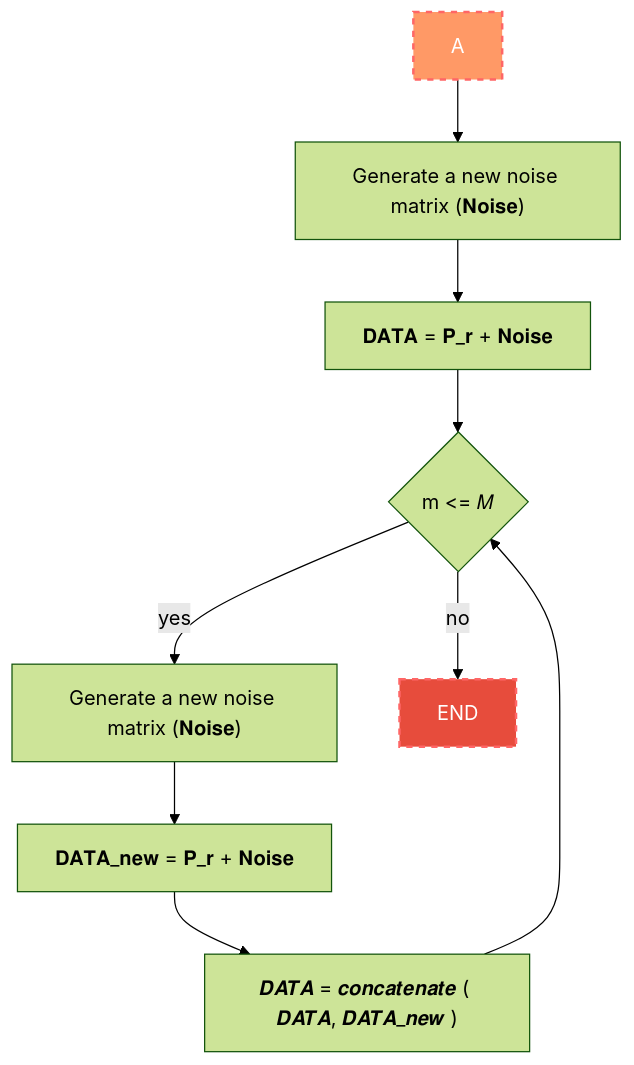
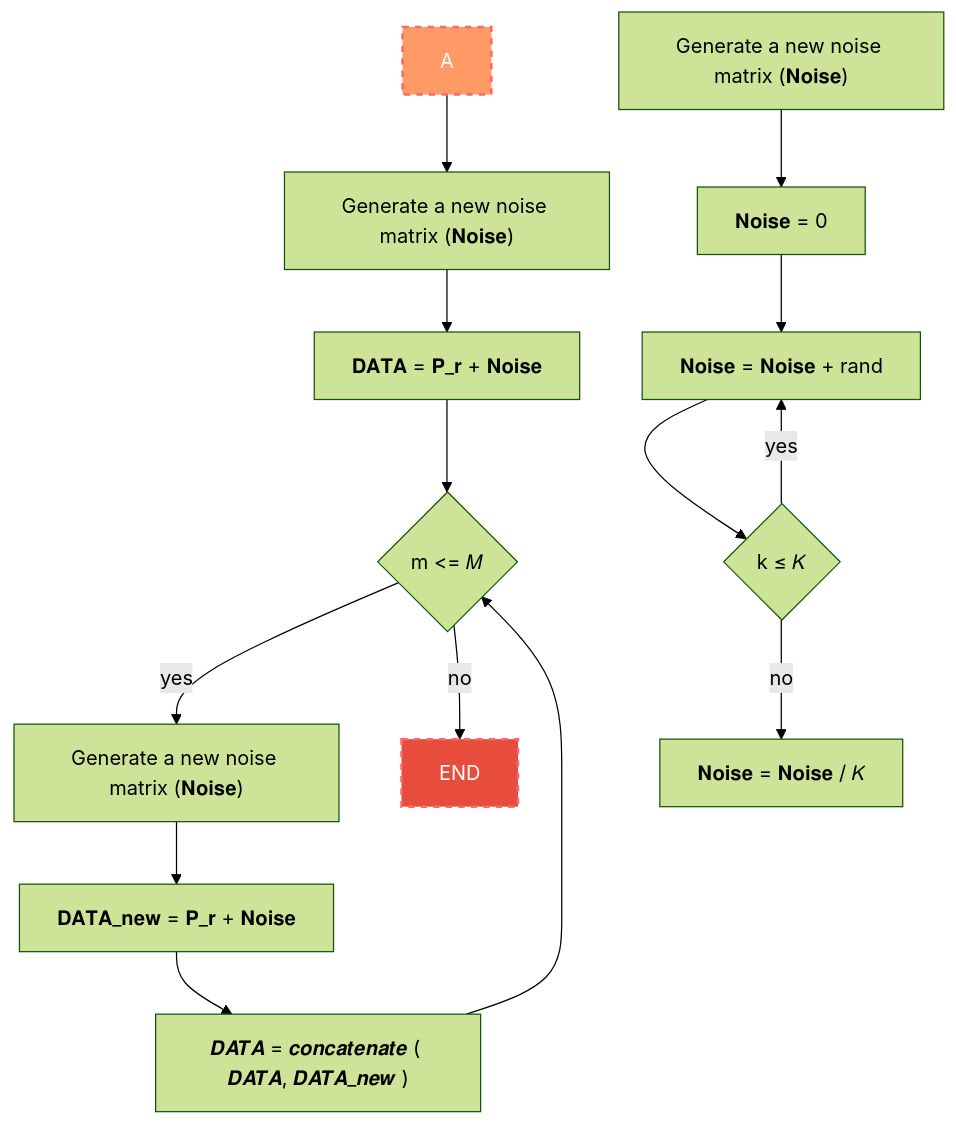
Before and after one commit to anakings/Tesis: the second of 2 diagrams in README.md, drawn with Mermaid (forest theme).

````diff
--- a/README.md
+++ b/README.md
@@ -42,14 +42,20 @@
 ```mermaid
-    graph 
+    graph
     noise_1[A] --> ADD1["Generate a new noise matrix (𝐍𝐨𝐢𝐬𝐞)"]
     ADD1 --> noise_2["𝐃𝐀𝐓𝐀 = 𝐏_𝐫 + 𝐍𝐨𝐢𝐬𝐞"]
     style noise_1 fill:#f96,stroke:#f66,stroke-width:2px,color:#fff,stroke-dasharray: 5 5
     noise_2 --> noise_3{"m <= 𝑀"}
     noise_3 --> |yes|noise_5["Generate a new noise matrix (𝐍𝐨𝐢𝐬𝐞)"]
     noise_5 --> noise_6["𝐃𝐀𝐓𝐀_𝐧𝐞𝐰 = 𝐏_𝐫 + 𝐍𝐨𝐢𝐬𝐞"]
     noise_6 --> noise_7["𝑫𝑨𝑻𝑨 = 𝒄𝒐𝒏𝒄𝒂𝒕𝒆𝒏𝒂𝒕𝒆 ( 𝑫𝑨𝑻𝑨, 𝑫𝑨𝑻𝑨_𝒏𝒆𝒘 )"]
     noise_7 --> noise_3
     
     noise_3 --> |no|noise_4[END]
     style noise_4 fill:#E74C3C,stroke:#f66,stroke-width:2px,color:#fff,stroke-dasharray: 5 5
+
+    id_1["Generate a new noise matrix (𝐍𝐨𝐢𝐬𝐞)"] --> id_2["𝐍𝐨𝐢𝐬𝐞 = 0"]
+    id_2 --> id_3["𝐍𝐨𝐢𝐬𝐞 = 𝐍𝐨𝐢𝐬𝐞 + rand"]
+    id_3 --> id_4{"k ≤ 𝐾"}
+    id_4 --> |yes|id_3
+    id_4 --> |no|id_5["𝐍𝐨𝐢𝐬𝐞 = 𝐍𝐨𝐢𝐬𝐞 / 𝐾"]
 ```
````
